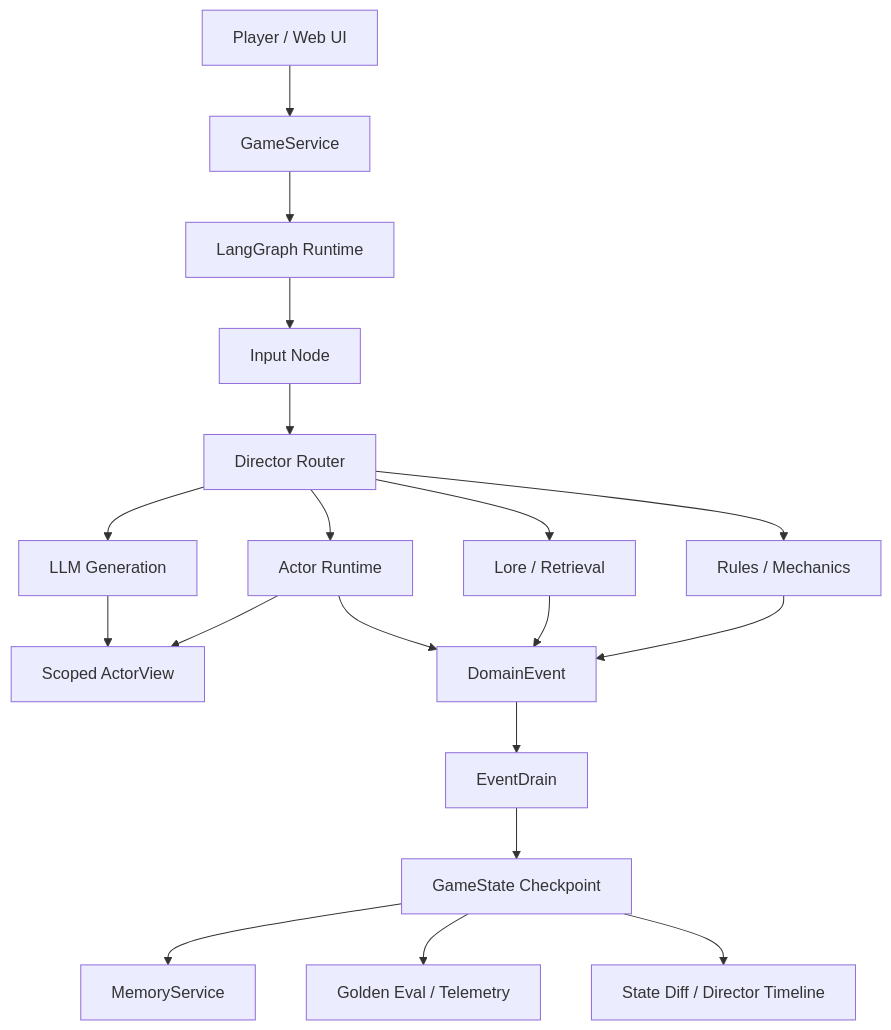
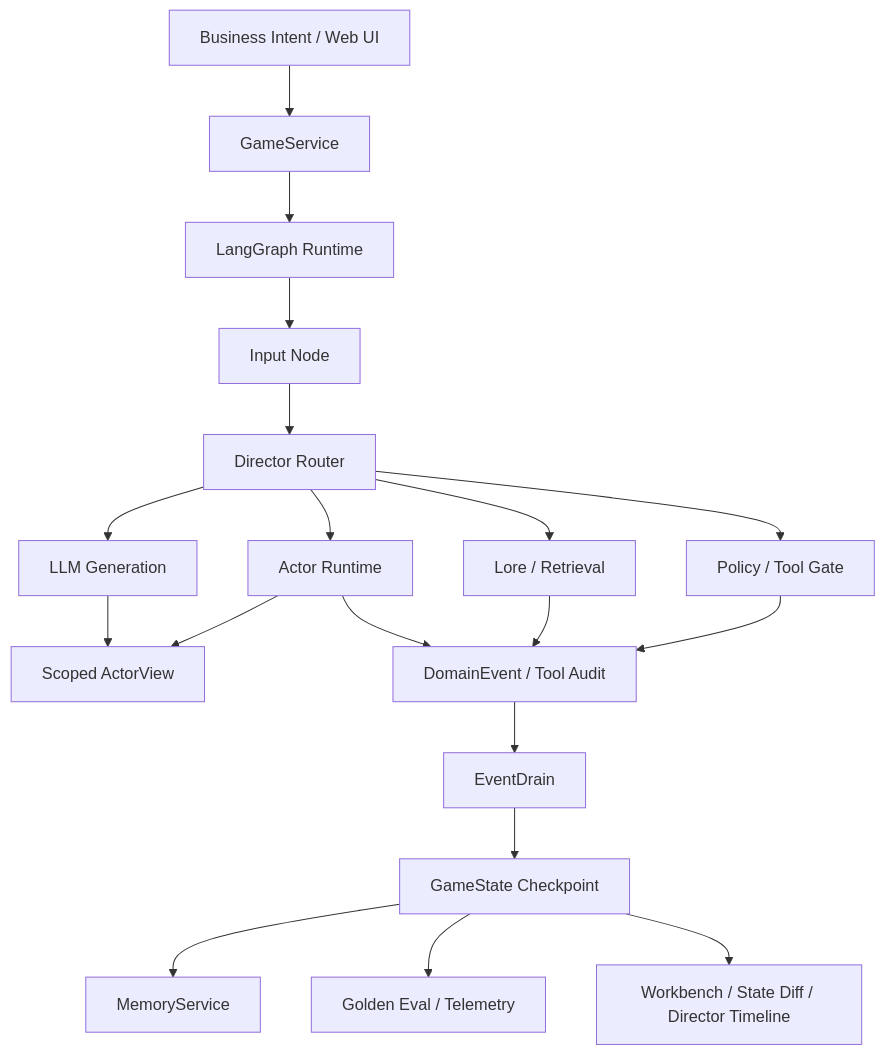
Before and after one commit to yukinorin775780/controlled-agent-runtime-ai-rd: the diagram in README.md, drawn with Mermaid. The commit also changed other lines of this file and 12 other files, not shown here.

````diff
--- a/README.md
+++ b/README.md
@@ -81,21 +81,21 @@
 ```mermaid
 flowchart TD
-    Player["Player / Web UI"] --> Service["GameService"]
+    Player["Business Intent / Web UI"] --> Service["GameService"]
     Service --> Graph["LangGraph Runtime"]
     Graph --> Input["Input Node"]
     Input --> Router["Director Router"]
-    Router --> Mechanics["Rules / Mechanics"]
+    Router --> Mechanics["Policy / Tool Gate"]
     Router --> Lore["Lore / Retrieval"]
     Router --> ActorRuntime["Actor Runtime"]
     Router --> Generation["LLM Generation"]
     ActorRuntime --> ActorView["Scoped ActorView"]
     Generation --> ActorView
-    Mechanics --> Events["DomainEvent"]
+    Mechanics --> Events["DomainEvent / Tool Audit"]
     Lore --> Events
     ActorRuntime --> Events
     Events --> Drain["EventDrain"]
     Drain --> State["GameState Checkpoint"]
     State --> Memory["MemoryService"]
     State --> Eval["Golden Eval / Telemetry"]
-    State --> UI["State Diff / Director Timeline"]
+    State --> UI["Workbench / State Diff / Director Timeline"]
 ```
````
